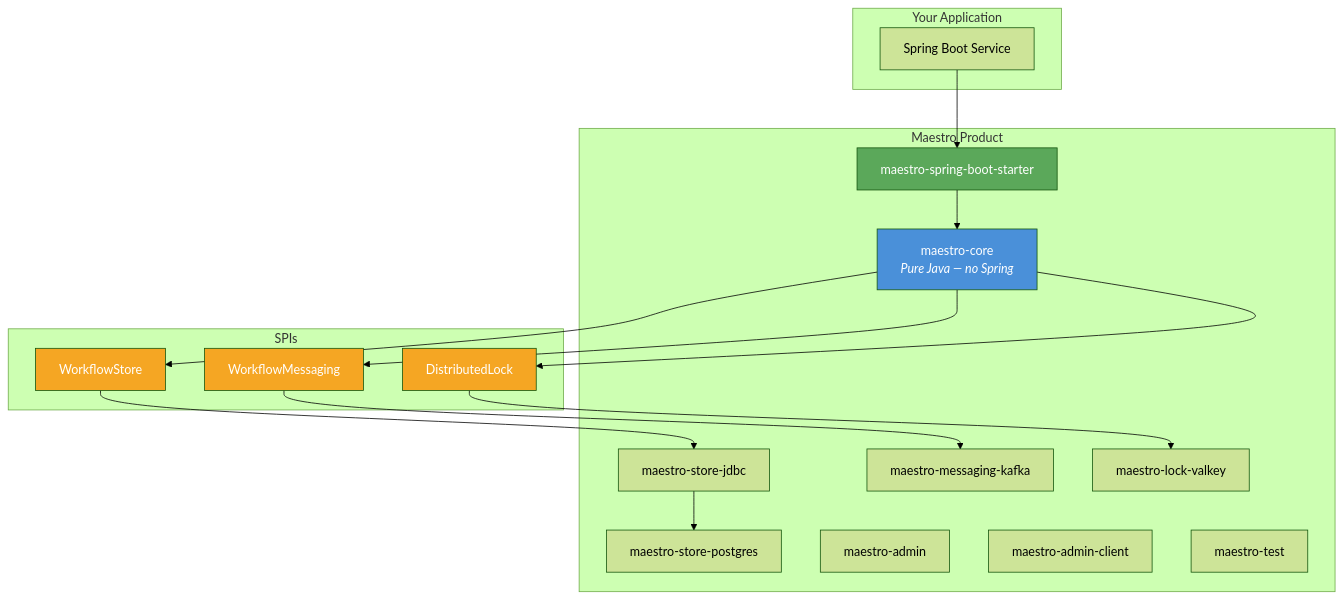
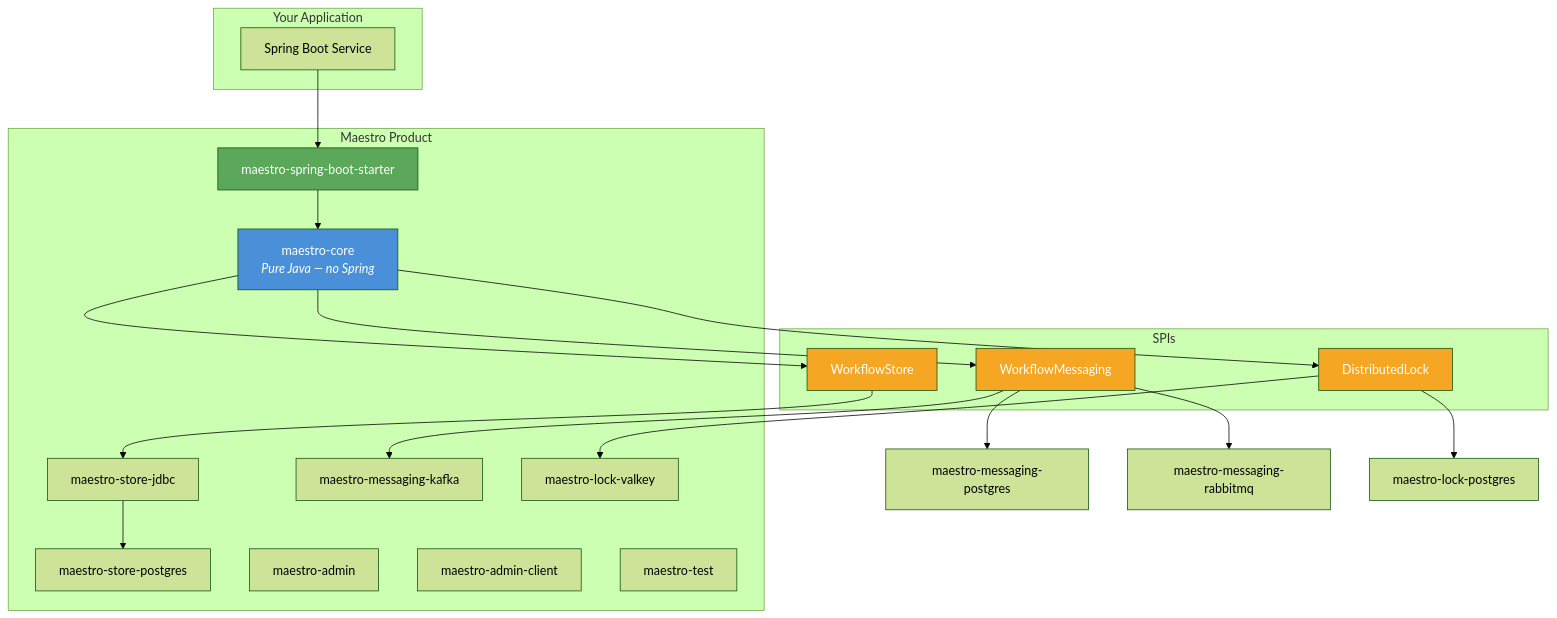
Before and after one commit to rakheen-dama/maestro: the second of 15 diagrams in docs/maestro-architecture.md, drawn with Mermaid (forest theme). The commit also changed other lines of this file and 13 other files, not shown here.

````diff
--- a/docs/maestro-architecture.md
+++ b/docs/maestro-architecture.md
@@ -74,39 +74,42 @@
 ```mermaid
 graph TB
     subgraph "Your Application"
         APP["Spring Boot Service"]
     end
 
     subgraph "Maestro Product"
         STARTER["maestro-spring-boot-starter"]
         CORE["maestro-core<br/><i>Pure Java — no Spring</i>"]
         STORE_PG["maestro-store-postgres"]
         STORE_JDBC["maestro-store-jdbc"]
         MSG_KAFKA["maestro-messaging-kafka"]
         LOCK_VALKEY["maestro-lock-valkey"]
         ADMIN["maestro-admin"]
         ADMIN_CLIENT["maestro-admin-client"]
         TEST["maestro-test"]
     end
 
     subgraph "SPIs"
         SPI_STORE["WorkflowStore"]
         SPI_MSG["WorkflowMessaging"]
         SPI_LOCK["DistributedLock"]
     end
 
     APP --> STARTER
     STARTER --> CORE
     CORE --> SPI_STORE
     CORE --> SPI_MSG
     CORE --> SPI_LOCK
     SPI_STORE --> STORE_JDBC --> STORE_PG
     SPI_MSG --> MSG_KAFKA
+    SPI_MSG --> MSG_PG["maestro-messaging-postgres"]
+    SPI_MSG --> MSG_RMQ["maestro-messaging-rabbitmq"]
     SPI_LOCK --> LOCK_VALKEY
+    SPI_LOCK --> LOCK_PG["maestro-lock-postgres"]
 
     style CORE fill:#4A90D9,color:#fff
     style STARTER fill:#5BA85A,color:#fff
     style SPI_STORE fill:#F5A623,color:#fff
     style SPI_MSG fill:#F5A623,color:#fff
     style SPI_LOCK fill:#F5A623,color:#fff
 ```
````
